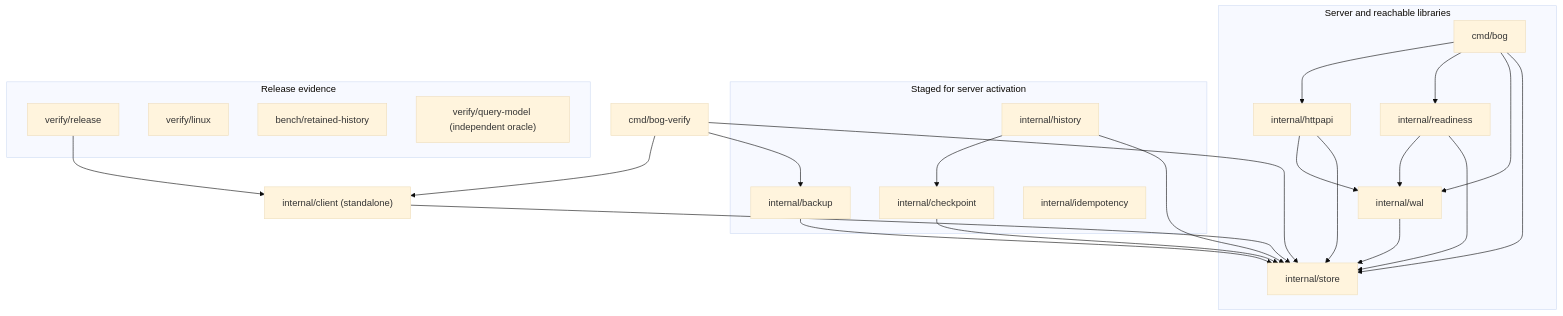
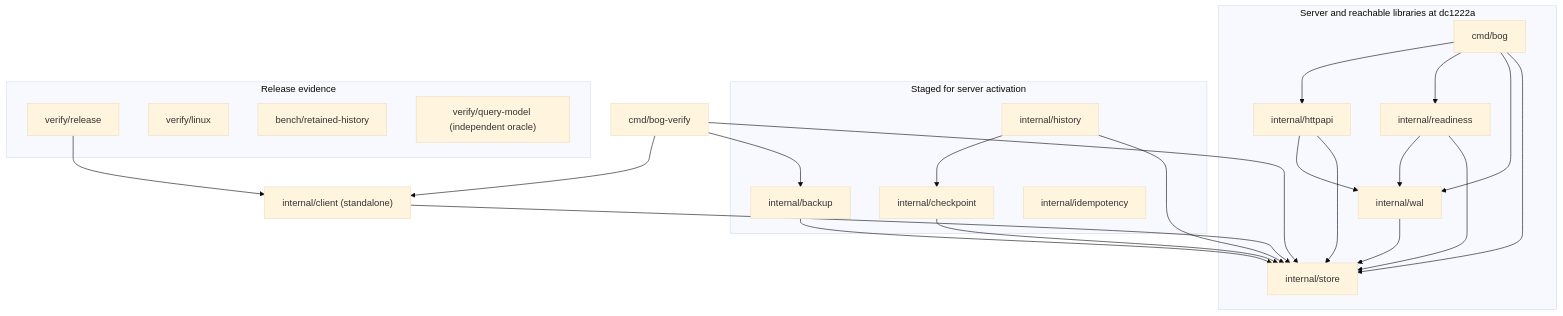
Before and after one commit to tflynn3/bog: the diagram in docs/architecture/SYSTEM.md, drawn with Mermaid (base theme). The commit also changed other lines of this file and 3 other files, not shown here.

Commit message:
bog: Land the measured architecture registry with the retained-history cutover

````diff
--- a/docs/architecture/SYSTEM.md
+++ b/docs/architecture/SYSTEM.md
@@ -28,42 +28,42 @@
 ```mermaid
 flowchart TD
-    subgraph Runtime["Server and reachable libraries"]
+    subgraph Runtime["Server and reachable libraries at dc1222a"]
         Cmd["cmd/bog"]
         HTTP["internal/httpapi"]
         Ready["internal/readiness"]
         WAL["internal/wal"]
         Store["internal/store"]
         Cmd --> HTTP
         Cmd --> Ready
         Cmd --> WAL
         Cmd --> Store
         HTTP --> WAL
         HTTP --> Store
         Ready --> WAL
         Ready --> Store
         WAL --> Store
     end
     Operator["cmd/bog-verify"]
     subgraph Staged["Staged for server activation"]
         Checkpoint["internal/checkpoint"]
         History["internal/history"]
         Backup["internal/backup"]
         Idempotency["internal/idempotency"]
         History --> Checkpoint
     end
     Client["internal/client (standalone)"]
     Checkpoint --> Store
     History --> Store
     Backup --> Store
     Operator --> Backup
     Operator --> Client
     Operator --> Store
     Client --> Store
     subgraph Evidence["Release evidence"]
         Admission["verify/release"]
         Durability["verify/linux"]
         Capacity["bench/retained-history"]
         Model["verify/query-model (independent oracle)"]
     end
     Admission --> Client
 ```
````
